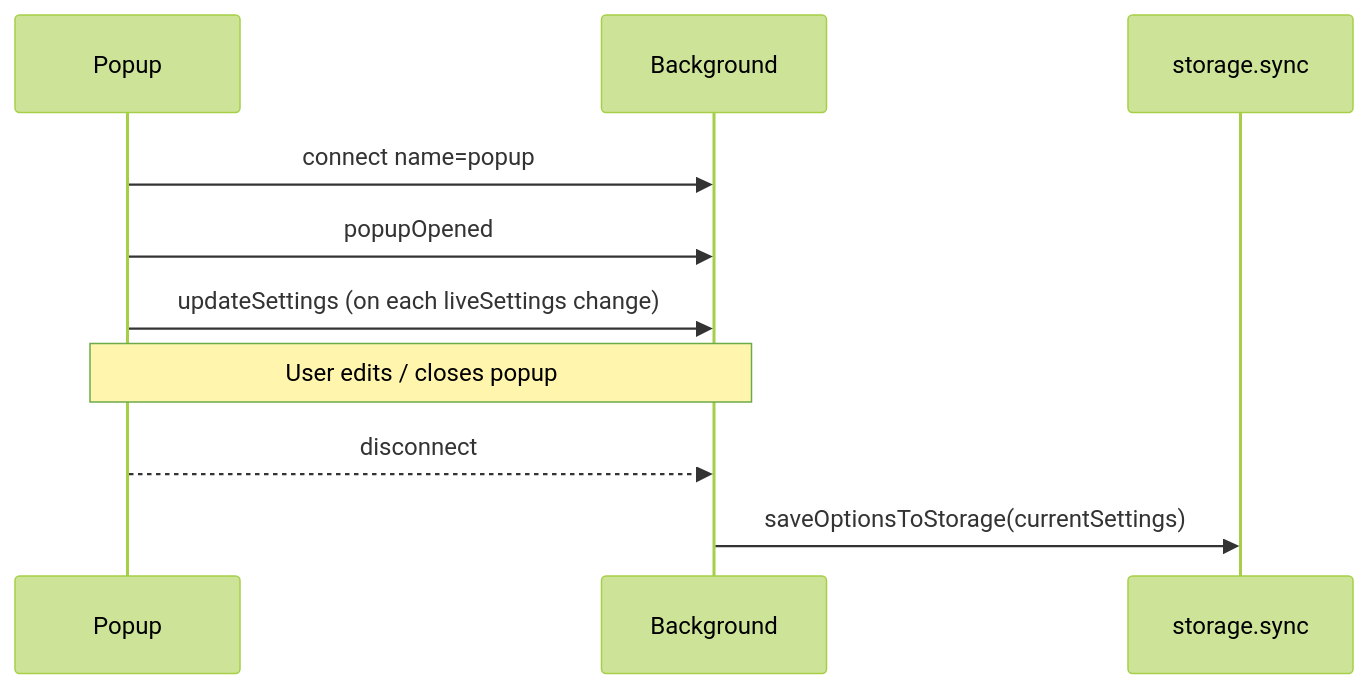
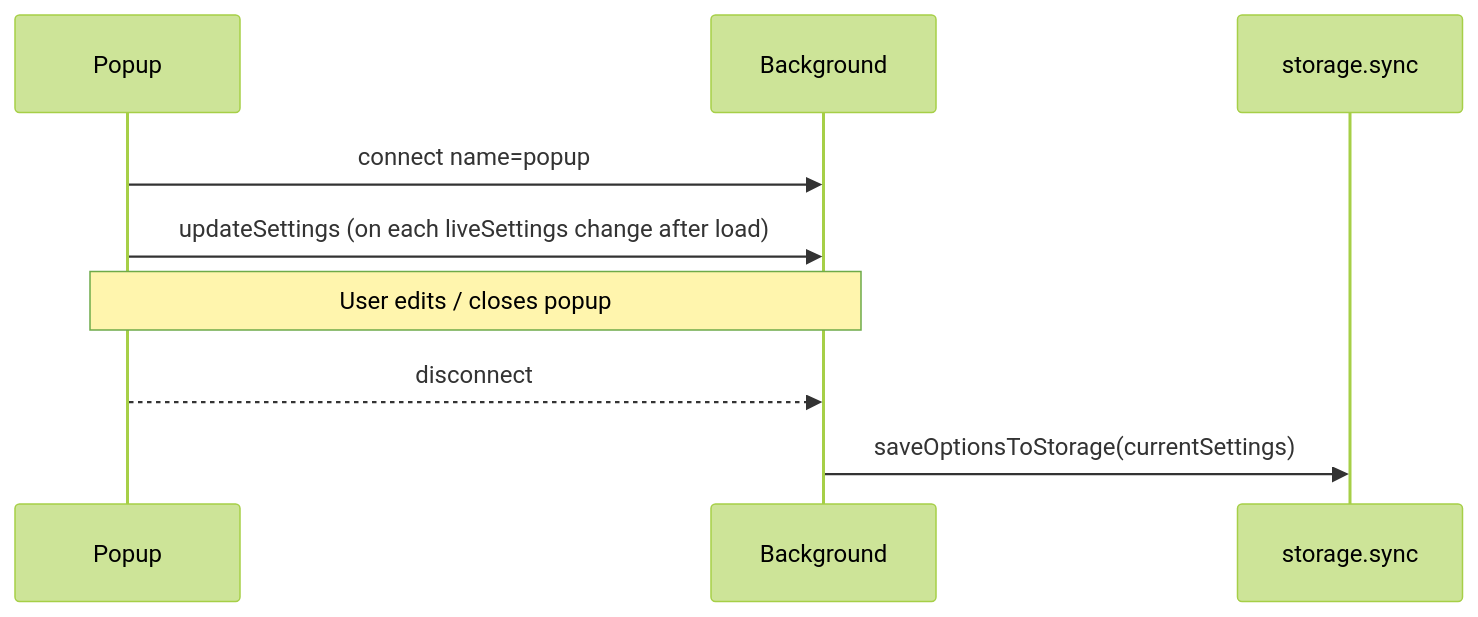
Before and after one commit to joseph-w-valdez/chatGPTStyler: the second of 2 diagrams in docs/architecture.md, drawn with Mermaid (forest theme). The commit also changed other lines of this file and 20 other files, not shown here.

````diff
--- a/docs/architecture.md
+++ b/docs/architecture.md
@@ -137,13 +130,12 @@
 ```mermaid
 sequenceDiagram
   participant P as Popup
   participant B as Background
   participant S as storage.sync
 
   P->>B: connect name=popup
-  P->>B: popupOpened
-  P->>B: updateSettings (on each liveSettings change)
+  P->>B: updateSettings (on each liveSettings change after load)
   Note over P,B: User edits / closes popup
   P-->>B: disconnect
   B->>S: saveOptionsToStorage(currentSettings)
 ```
````
